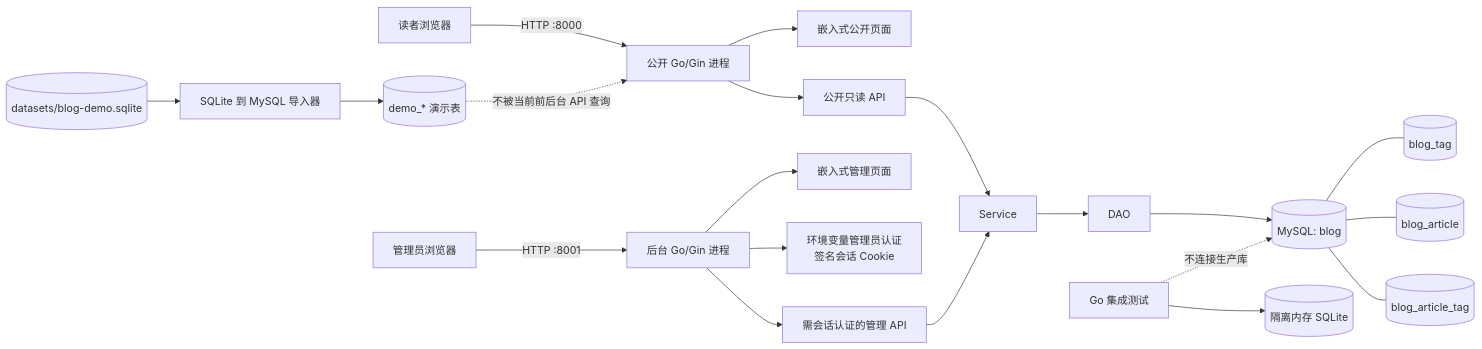
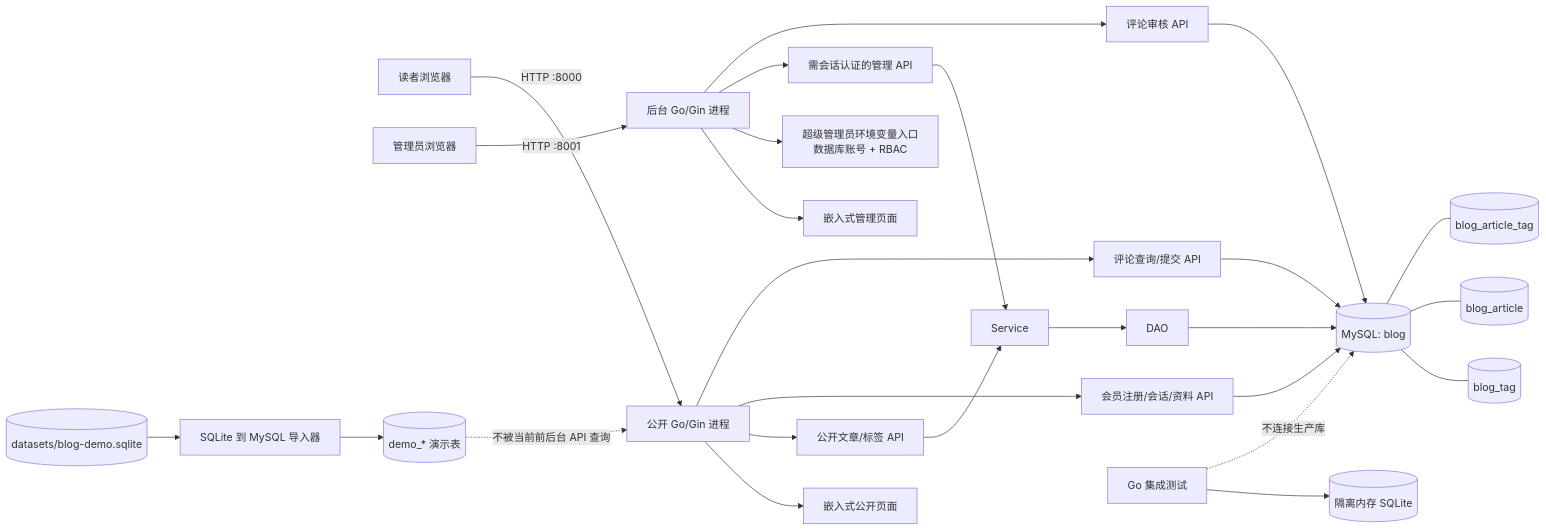
The first of 5 diagrams in docs/architecture-and-gaps.md (lc-1010/blog-service), drawn with Mermaid before and after one commit. The commit also changed other lines of this file and 13 other files, not shown here.

First line of the commit message:
feat: add member accounts and comment moderation

````diff
--- a/docs/architecture-and-gaps.md
+++ b/docs/architecture-and-gaps.md
@@ -7,27 +7,33 @@
 ```mermaid
 flowchart LR
     Reader[读者浏览器] -->|HTTP :8000| Public[公开 Go/Gin 进程]
     Admin[管理员浏览器] -->|HTTP :8001| AdminProc[后台 Go/Gin 进程]
 
     Public --> PublicUI[嵌入式公开页面]
-    Public --> PublicAPI[公开只读 API]
+    Public --> PublicAPI[公开文章/标签 API]
+    Public --> MemberAPI[会员注册/会话/资料 API]
+    Public --> CommentAPI[评论查询/提交 API]
     AdminProc --> AdminUI[嵌入式管理页面]
-    AdminProc --> AdminAuth[环境变量管理员认证<br/>签名会话 Cookie]
+    AdminProc --> AdminAuth[超级管理员环境变量入口<br/>数据库账号 + RBAC]
     AdminProc --> AdminAPI[需会话认证的管理 API]
+    AdminProc --> ModerationAPI[评论审核 API]
 
     PublicAPI --> Service[Service]
+    MemberAPI --> MySQL
+    CommentAPI --> MySQL
+    ModerationAPI --> MySQL
     AdminAPI --> Service
     Service --> DAO[DAO]
     DAO --> MySQL[(MySQL: blog)]
 
     MySQL --- Tag[(blog_tag)]
     MySQL --- Article[(blog_article)]
     MySQL --- ArticleTag[(blog_article_tag)]
 
     Test[Go 集成测试] --> SQLite[(隔离内存 SQLite)]
     Test -. 不连接生产库 .-> MySQL
 
     DemoSQLite[(datasets/blog-demo.sqlite)] --> Importer[SQLite 到 MySQL 导入器]
     Importer --> DemoTables[(demo_* 演示表)]
     DemoTables -. 不被当前前后台 API 查询 .-> Public
 ```
````
